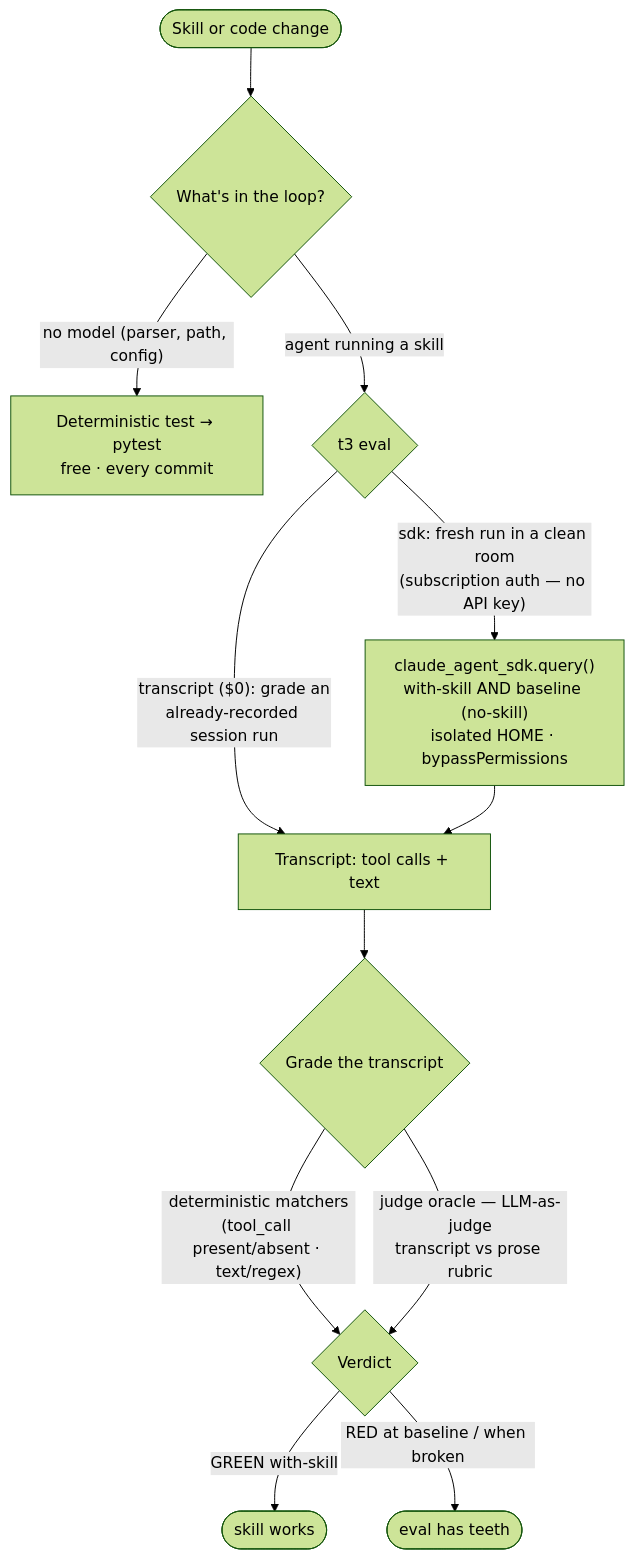
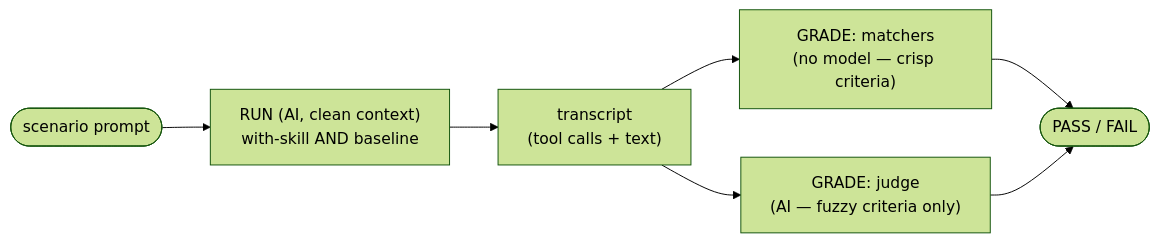
The diagram in docs/testing-skill-evals.md (souliane/teatree), drawn with Mermaid (forest theme) before and after one commit. The commit also changed other lines of this file, not shown here.

First line of the commit message:
docs(eval): rewrite testing-skill-evals as a quick RUN/GRADE playbook

````diff
--- a/docs/testing-skill-evals.md
+++ b/docs/testing-skill-evals.md
@@ -23,14 +55,9 @@
 ```mermaid
-flowchart TD
-    Change([Skill or code change]) --> Q{What's in the loop?}
-    Q -->|"no model (parser, path, config)"| T["Deterministic test → pytest<br/>free · every commit"]
-    Q -->|"agent running a skill"| EV{t3 eval}
-    EV -->|"transcript ($0): grade an<br/>already-recorded session run"| TR["Transcript: tool calls + text"]
-    EV -->|"sdk: fresh run in a clean room<br/>(subscription auth — no API key)"| RUN["claude_agent_sdk.query()<br/>with-skill AND baseline (no-skill)<br/>isolated HOME · bypassPermissions"]
-    RUN --> TR
-    TR --> GRADE{Grade the transcript}
-    GRADE -->|"deterministic matchers<br/>(tool_call present/absent · text/regex)"| V{Verdict}
-    GRADE -->|"judge oracle — LLM-as-judge<br/>transcript vs prose rubric"| V
-    V -->|"GREEN with-skill"| G([skill works])
-    V -->|"RED at baseline / when broken"| R([eval has teeth])
+flowchart LR
+    P([scenario prompt]) --> RUN["RUN (AI, clean context)<br/>with-skill AND baseline"]
+    RUN --> T["transcript<br/>(tool calls + text)"]
+    T --> M["GRADE: matchers<br/>(no model — crisp criteria)"]
+    T --> J["GRADE: judge<br/>(AI — fuzzy criteria only)"]
+    M --> V([PASS / FAIL])
+    J --> V
 ```
````
